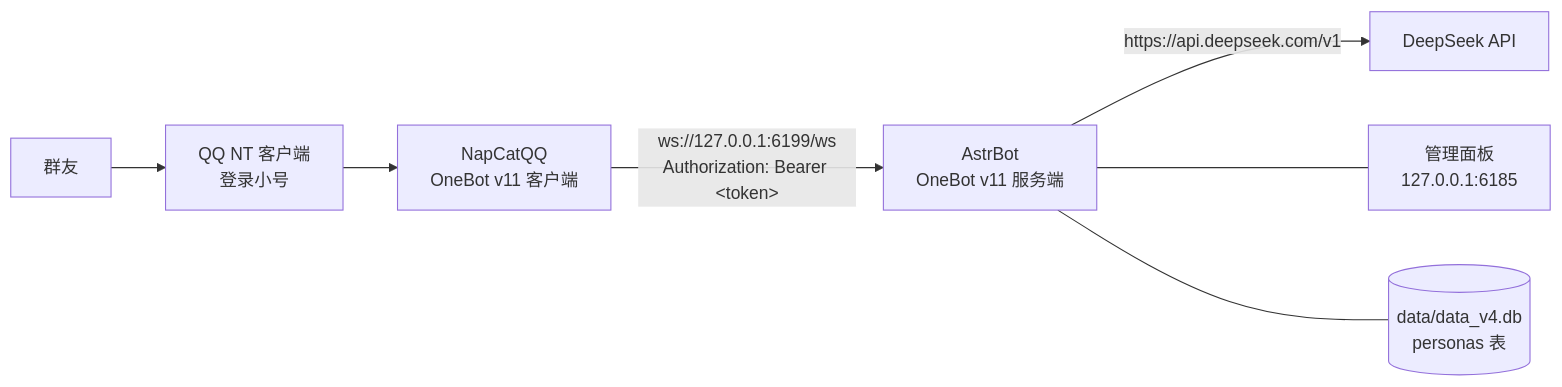
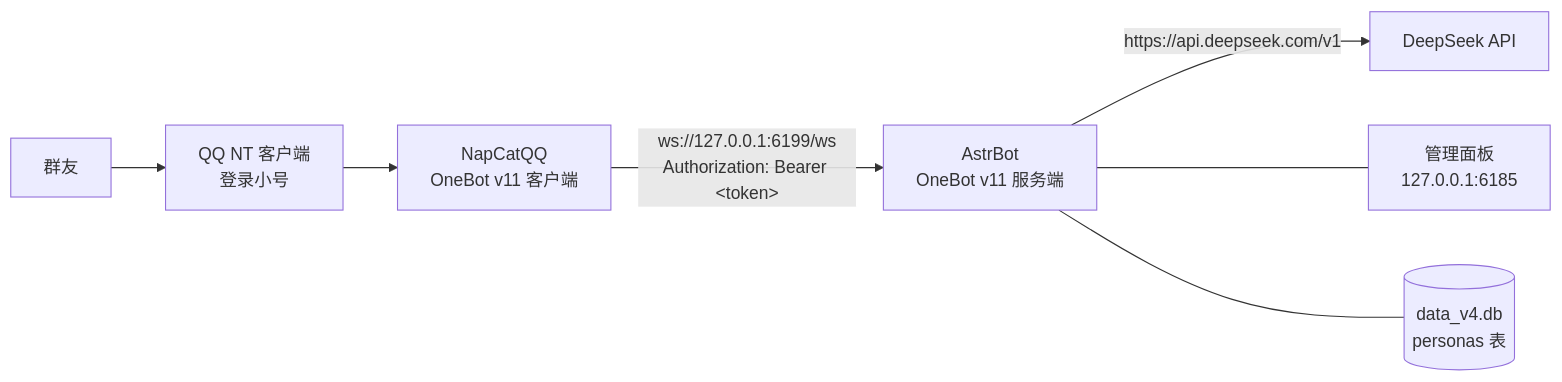
The diagram in README.md (apple-pie99/deepseek-qq-bot), drawn with Mermaid before and after one commit. The commit also changed other lines of this file and 1 other file, not shown here.

Commit message:
docs: 补全私聊说明；fix: 诊断提示改为引导到 Issue

````diff
--- a/README.md
+++ b/README.md
@@ -47,9 +47,9 @@
 ```mermaid
 flowchart LR
     G[群友] --> QQ[QQ NT 客户端<br/>登录小号]
     QQ --> N[NapCatQQ<br/>OneBot v11 客户端]
     N -- "ws://127.0.0.1:6199/ws<br/>Authorization: Bearer &lt;token&gt;" --> A[AstrBot<br/>OneBot v11 服务端]
     A -- "https://api.deepseek.com/v1" --> D[DeepSeek API]
     A --- P[管理面板<br/>127.0.0.1:6185]
-    A --- S[(data/data_v4.db<br/>personas 表)]
+    A --- S[(data_v4.db<br/>personas 表)]
 ```
````
